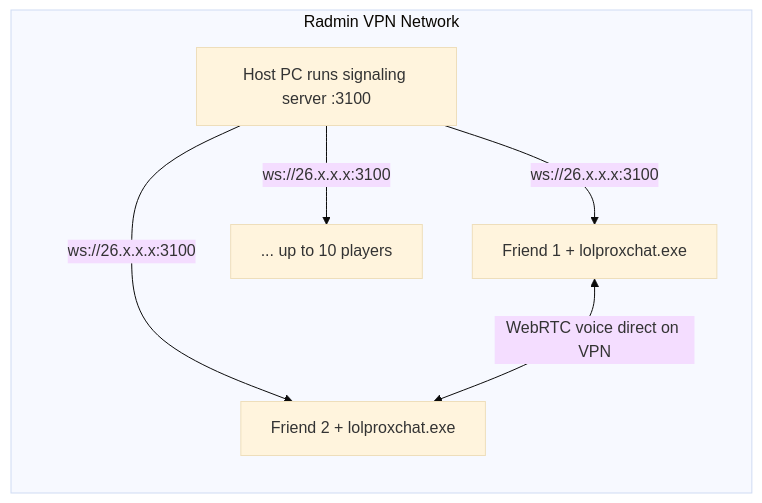
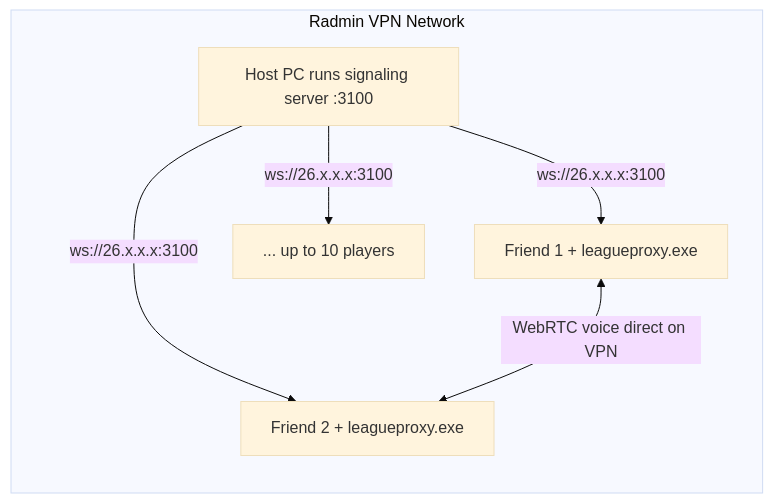
The diagram in docs/friend-playbook.md (Sandrochkhaidzee/LeagueCustomProxy), drawn with Mermaid (base theme) before and after one commit. The commit also changed other lines of this file and 40 other files, not shown here.

````diff
--- a/docs/friend-playbook.md
+++ b/docs/friend-playbook.md
@@ -52,14 +50,14 @@
 ```mermaid
 flowchart LR
     subgraph radmin [Radmin VPN Network]
         Host[Host PC runs signaling server :3100]
-        F1[Friend 1 + lolproxchat.exe]
-        F2[Friend 2 + lolproxchat.exe]
+        F1[Friend 1 + leagueproxy.exe]
+        F2[Friend 2 + leagueproxy.exe]
         F10[... up to 10 players]
     end
 
     Host -->|ws://26.x.x.x:3100| F1
     Host -->|ws://26.x.x.x:3100| F2
     Host -->|ws://26.x.x.x:3100| F10
     F1 <-->|WebRTC voice direct on VPN| F2
 ```
````
